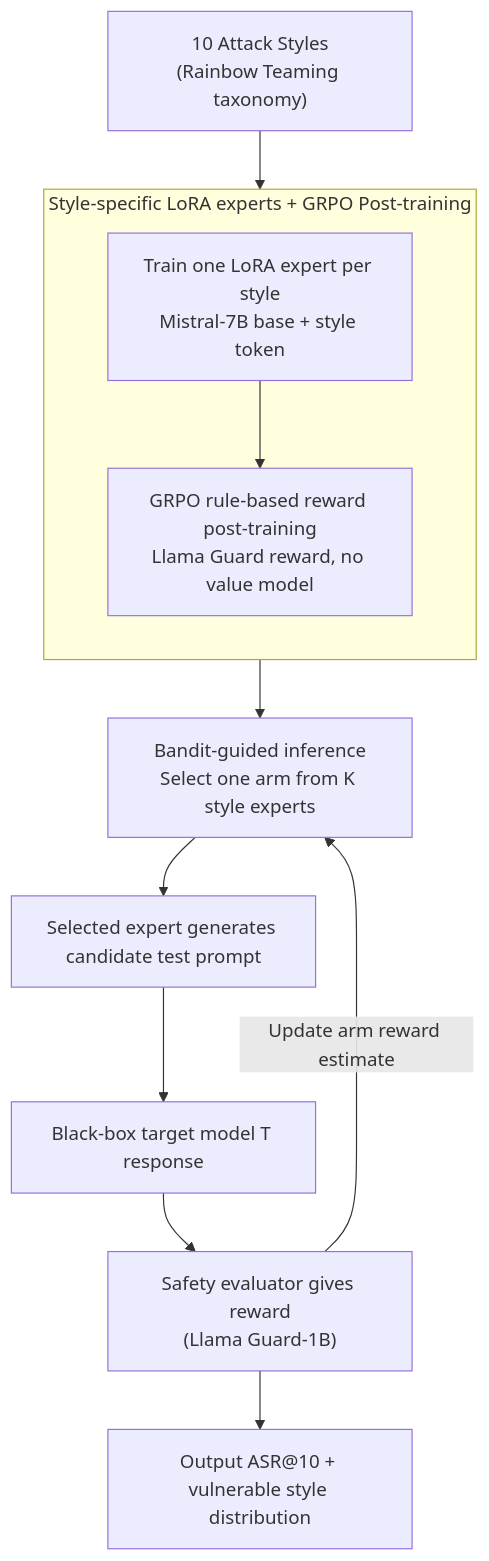
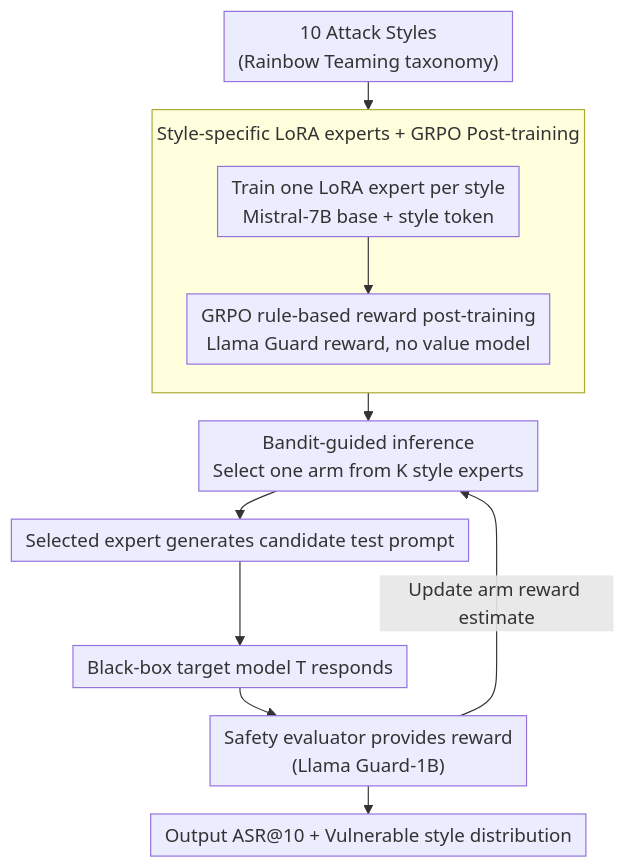
Before and after one commit to zhaoyang97/Paper-Notes-en: the diagram in docs/ACL2026/llm_safety/red-bandit_test-time_adaptation_for_llm_red-teaming_via_bandit-guided_lora_exper.md, drawn with Mermaid. The commit also changed other lines of this file and 5084 other files, not shown here.

````diff
--- a/docs/ACL2026/llm_safety/red-bandit_test-time_adaptation_for_llm_red-teaming_via_bandit-guided_lora_exper.md
+++ b/docs/ACL2026/llm_safety/red-bandit_test-time_adaptation_for_llm_red-teaming_via_bandit-guided_lora_exper.md
@@ -44,14 +44,15 @@
 ```mermaid
-graph TD
+%%{init: {'flowchart': {'rankSpacing': 24, 'nodeSpacing': 28, 'padding': 6, 'wrappingWidth': 400, 'subGraphTitleMargin': {'top': 8, 'bottom': 16}}}}%%
+flowchart TD
     A["10 Attack Styles<br/>(Rainbow Teaming taxonomy)"] --> TRAIN
     subgraph TRAIN["Style-specific LoRA experts + GRPO Post-training"]
         direction TB
         B["Train one LoRA expert per style<br/>Mistral-7B base + style token"] --> C["GRPO rule-based reward post-training<br/>Llama Guard reward, no value model"]
     end
     C --> D["Bandit-guided inference<br/>Select one arm from K style experts"]
     D --> E["Selected expert generates candidate test prompt"]
-    E --> F["Black-box target model T response"]
-    F --> G["Safety evaluator gives reward<br/>(Llama Guard-1B)"]
+    E --> F["Black-box target model T responds"]
+    F --> G["Safety evaluator provides reward<br/>(Llama Guard-1B)"]
     G -->|Update arm reward estimate| D
-    G --> H["Output ASR@10 + vulnerable style distribution"]
+    G --> H["Output ASR@10 + Vulnerable style distribution"]
 ```
````
